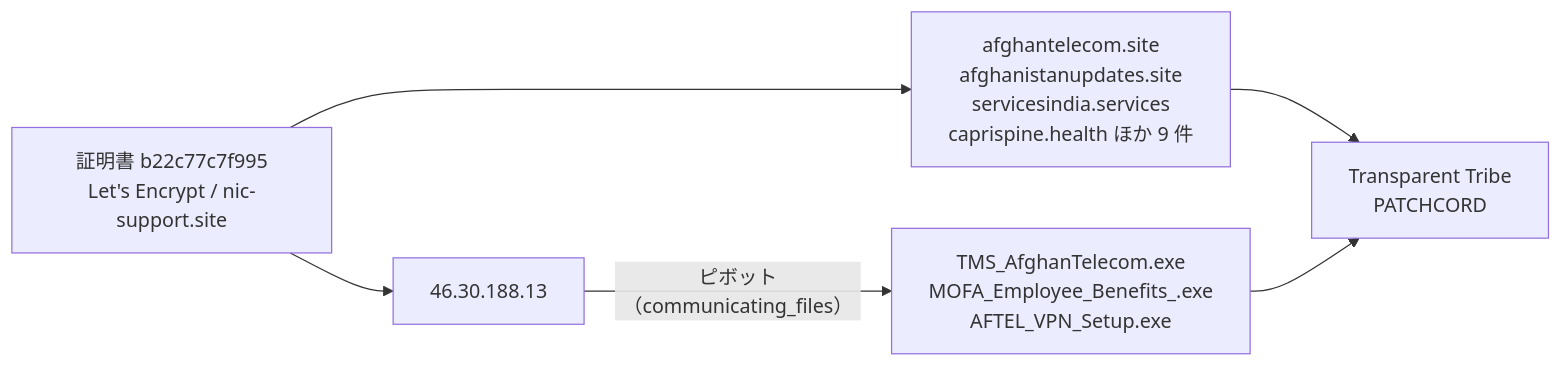
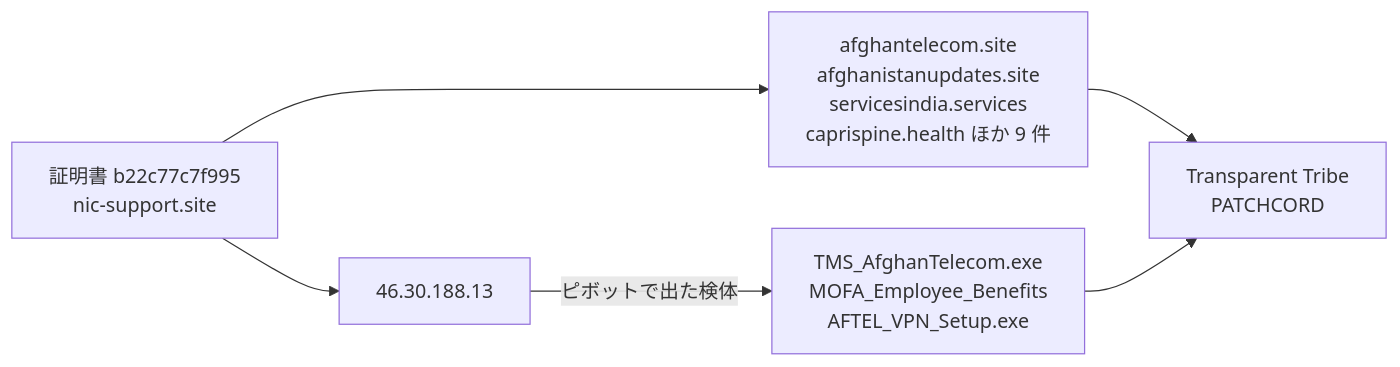
The fifth of 7 diagrams in reports/weekly/20260815.md (proshiba/research_bench), drawn with Mermaid before and after one commit. The commit also changed other lines of this file, not shown here.

First line of the commit message:
reports: 抜けていた図を足し、登録者の記述を実測に合わせる

````diff
--- a/reports/weekly/20260815.md
+++ b/reports/weekly/20260815.md
@@ -91,9 +106,9 @@
 ```mermaid
 flowchart LR
-  CERT["証明書 b22c77c7f995<br/>Let's Encrypt / nic-support.site"]
+  CERT["証明書 b22c77c7f995<br/>nic-support.site"]
   CERT --> DM["afghantelecom.site<br/>afghanistanupdates.site<br/>servicesindia.services<br/>caprispine.health ほか 9 件"]
   CERT --> IP["46.30.188.13"]
-  IP -->|"ピボット（communicating_files）"| S["TMS_AfghanTelecom.exe<br/>MOFA_Employee_Benefits_.exe<br/>AFTEL_VPN_Setup.exe"]
+  IP -->|"ピボットで出た検体"| S["TMS_AfghanTelecom.exe<br/>MOFA_Employee_Benefits<br/>AFTEL_VPN_Setup.exe"]
   DM --> TT["Transparent Tribe<br/>PATCHCORD"]
   S --> TT
 ```
````
